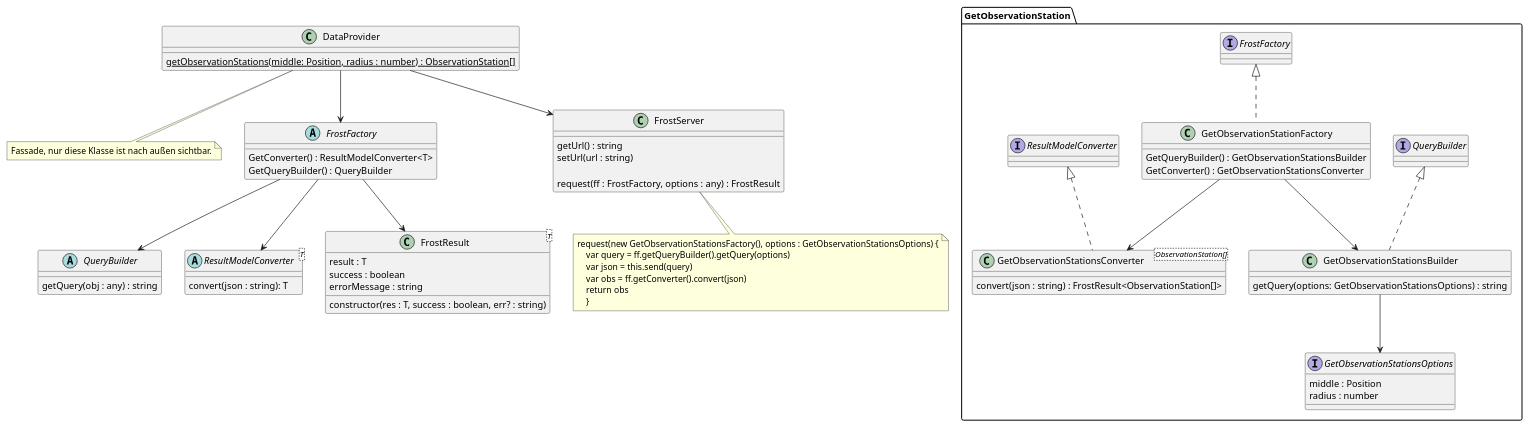
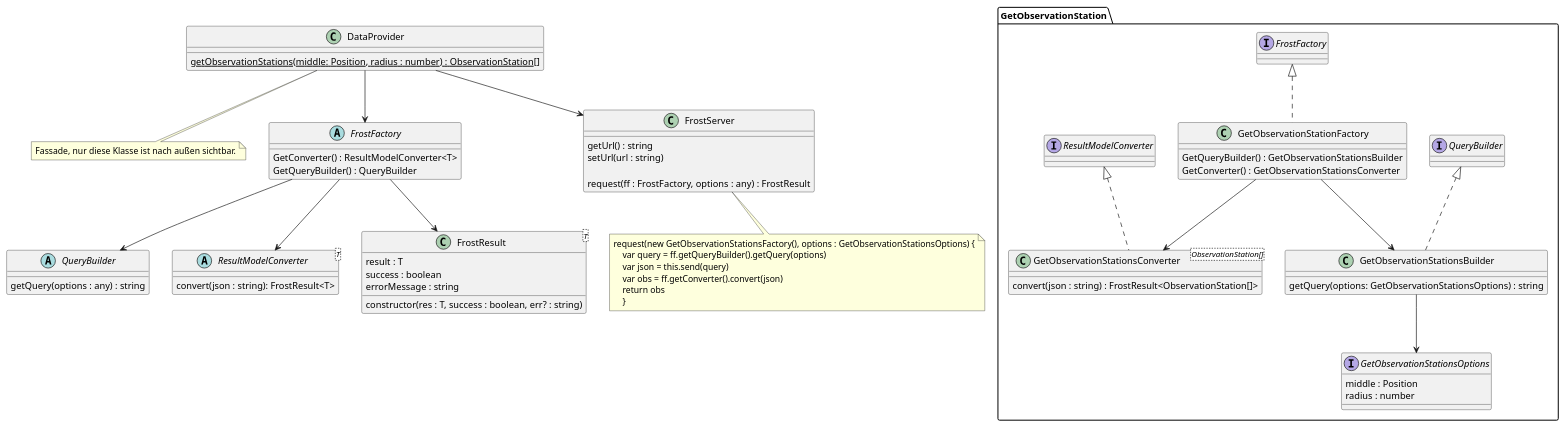
Before and after one commit to JonaEnz/pse-airquality-1: the diagram in Entwurf/PlantUML/ClassDiagrams/FROST.puml, drawn with PlantUML. The commit also changed 4 other files, not shown here.

```diff
--- a/Entwurf/PlantUML/ClassDiagrams/FROST.puml
+++ b/Entwurf/PlantUML/ClassDiagrams/FROST.puml
@@ -1,85 +1,85 @@
 @startuml FROST
 
 class DataProvider {
     {static} getObservationStations(middle: Position, radius : number) : ObservationStation[]
 }
 
 note as N1
     Fassade, nur diese Klasse ist nach außen sichtbar.
 end note
 
 DataProvider .. N1
 
 DataProvider --> FrostFactory
 DataProvider --> FrostServer
 
 abstract QueryBuilder {
-     getQuery(obj : any) : string
+     getQuery(options : any) : string
 }
 
 FrostFactory --> ResultModelConverter
 
 package GetObservationStation {
     class GetObservationStationsBuilder implements QueryBuilder {
         getQuery(options: GetObservationStationsOptions) : string
     }
 
     class GetObservationStationFactory implements FrostFactory{
         GetQueryBuilder() : GetObservationStationsBuilder
         GetConverter() : GetObservationStationsConverter
     }
 
     GetObservationStationsBuilder --> GetObservationStationsOptions
     GetObservationStationFactory --> GetObservationStationsBuilder
     GetObservationStationFactory --> GetObservationStationsConverter
 
     interface GetObservationStationsOptions {
         middle : Position
         radius : number
     }
     
     class GetObservationStationsConverter<ObservationStation[]> implements ResultModelConverter {
         convert(json : string) : FrostResult<ObservationStation[]>
     }
 }
 
 
 abstract ResultModelConverter<T> {
-    convert(json : string): T
+    convert(json : string): FrostResult<T>
 }
 
 
 abstract FrostFactory {
     GetConverter() : ResultModelConverter<T>
     GetQueryBuilder() : QueryBuilder
 }
 
 
 
 FrostFactory --> QueryBuilder
 FrostFactory --> FrostResult
 
 class FrostResult<T> {
     constructor(res : T, success : boolean, err? : string)
     result : T
     success : boolean
     errorMessage : string
 }
 
 class FrostServer {
     getUrl() : string
     setUrl(url : string)
 
     request(ff : FrostFactory, options : any) : FrostResult
 }
 note as N2
 request(new GetObservationStationsFactory(), options : GetObservationStationsOptions) {
     var query = ff.getQueryBuilder().getQuery(options)
     var json = this.send(query)
     var obs = ff.getConverter().convert(json)
     return obs
     }
 end note
 FrostServer .. N2
 
 @enduml
```
